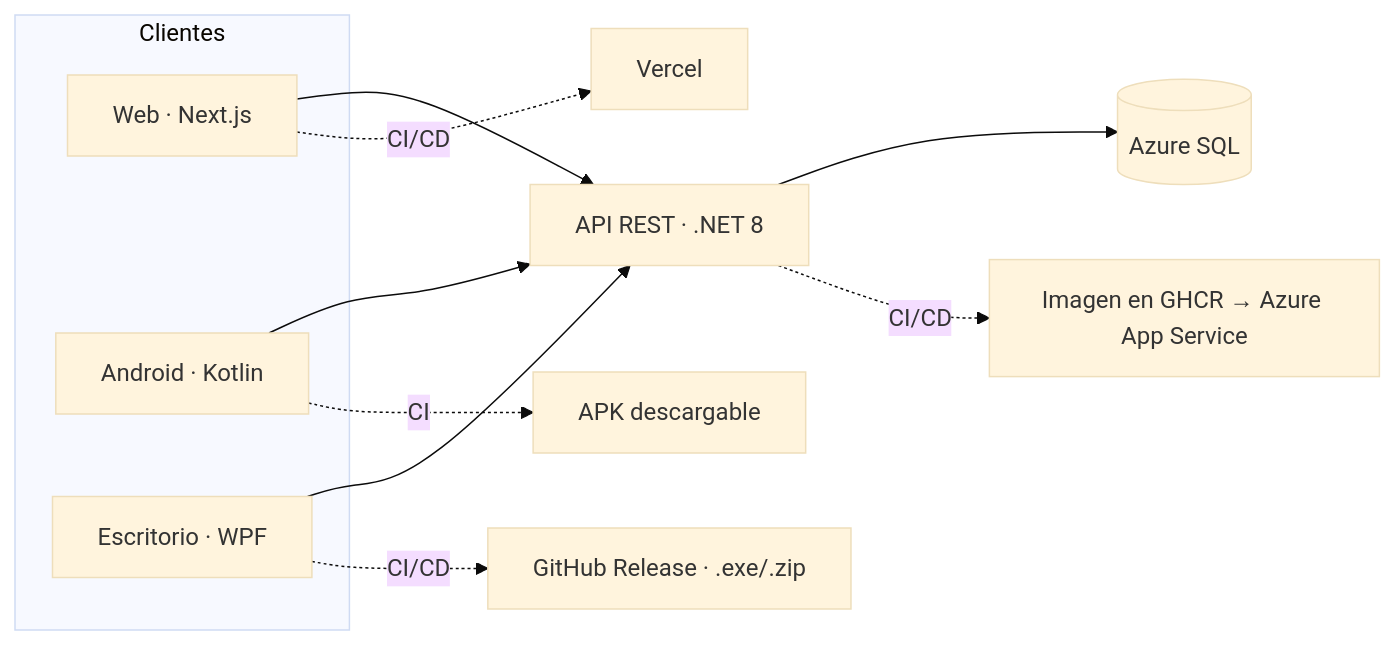
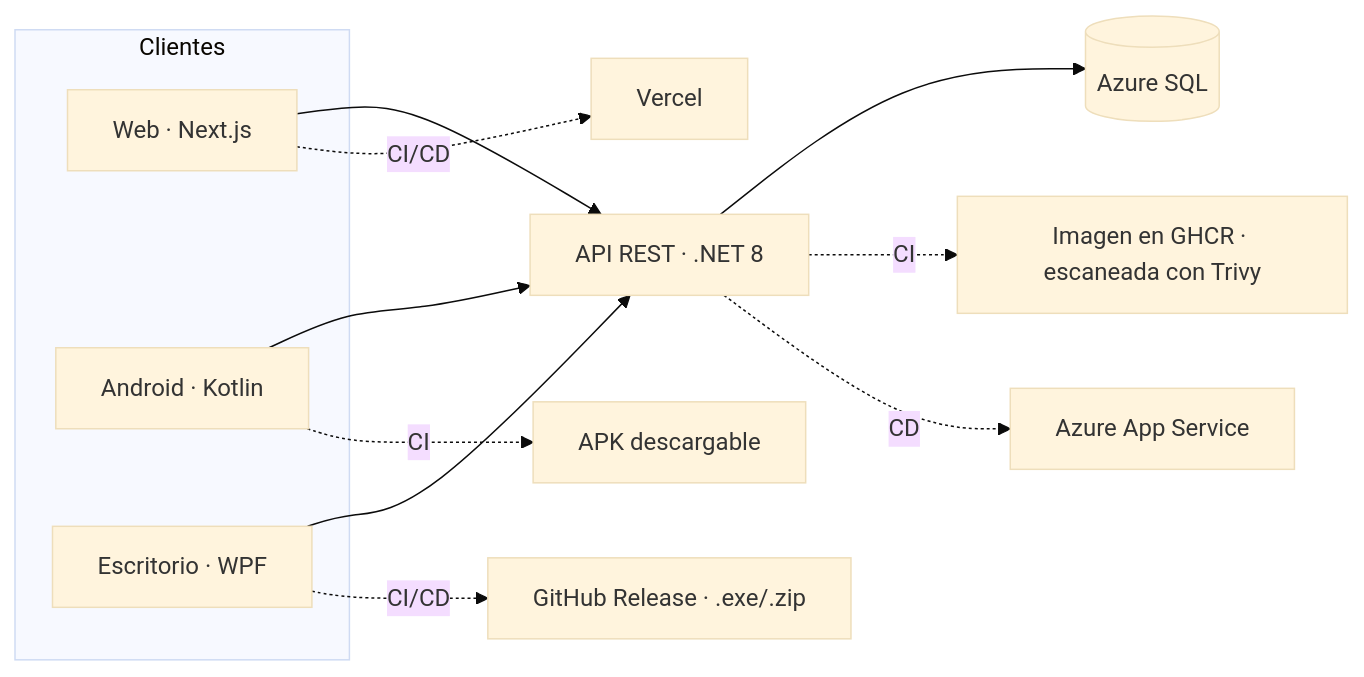
One commit to antonicr1986/antonicr1986 changed the diagram in README.md. Above: the diagram before and after it, drawn with Mermaid (base theme). The commit also changed 1 other file, not shown here.

Commit message:
Show GHCR publishing and Azure deploy as separate steps in diagram

````diff
--- a/README.md
+++ b/README.md
@@ -31,21 +31,22 @@
 ```mermaid
 flowchart LR
     subgraph Clientes
         WEB[Web · Next.js]
         AND[Android · Kotlin]
         DESK[Escritorio · WPF]
     end
 
     API[API REST · .NET 8]
     DB[(Azure SQL)]
 
     WEB --> API
     AND --> API
     DESK --> API
     API --> DB
 
-    API -. CI/CD .-> AZ[Imagen en GHCR → Azure App Service]
+    API -. CI .-> GHCR[Imagen en GHCR · escaneada con Trivy]
+    API -. CD .-> AZ[Azure App Service]
     WEB -. CI/CD .-> VER[Vercel]
     AND -. CI .-> APK[APK descargable]
     DESK -. CI/CD .-> REL[GitHub Release · .exe/.zip]
 ```
````
